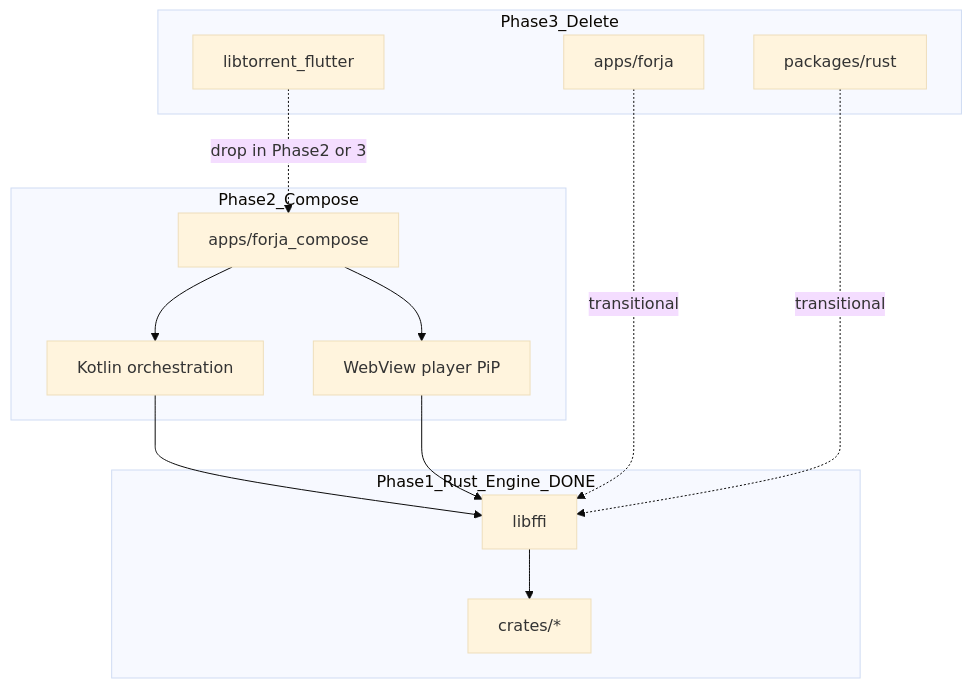
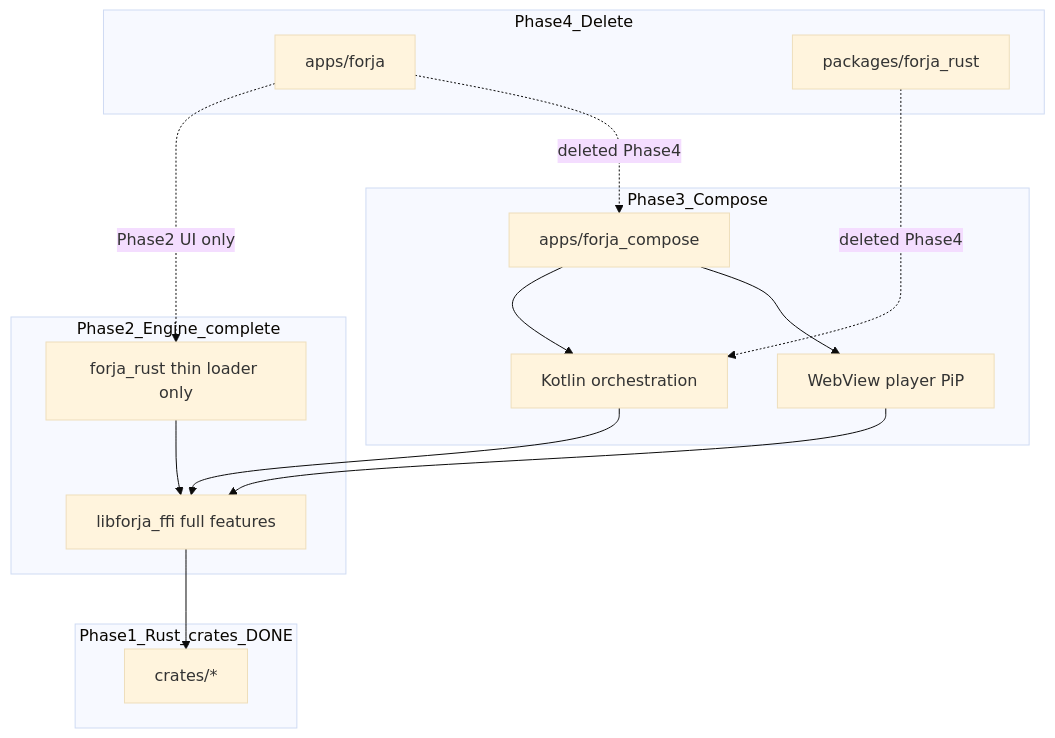
Before and after one commit to mGhassen/Forja: the diagram in docs/migration/README.md, drawn with Mermaid (base theme). The commit also changed other lines of this file and 14 other files, not shown here.

Commit message:
refactor: Update migration documentation and phase references; transition to Rust engine complete and remove Kotlin Compose phase references

````diff
--- a/docs/migration/README.md
+++ b/docs/migration/README.md
@@ -23,29 +26,33 @@
 ```mermaid
 flowchart TB
-  subgraph phase2 [Phase2_Compose]
+  subgraph phase3 [Phase3_Compose]
     ComposeApp["apps/forja_compose"]
     KotlinOrch["Kotlin orchestration"]
     PlatformUI["WebView player PiP"]
   end
 
-  subgraph phase1 [Phase1_Rust_Engine_DONE]
-    FFI["libffi"]
+  subgraph phase1 [Phase1_Rust_crates_DONE]
     Crates["crates/*"]
   end
 
-  subgraph phase3 [Phase3_Delete]
+  subgraph phase2 [Phase2_Engine_complete]
+    FFI["libforja_ffi full features"]
+    ThinDart["forja_rust thin loader only"]
+  end
+
+  subgraph phase4 [Phase4_Delete]
     FlutterApp["apps/forja"]
-    DartFFI["packages/rust"]
-    LibtorrentPlugin["libtorrent_flutter"]
+    DartFFI["packages/forja_rust"]
   end
 
   ComposeApp --> KotlinOrch
   ComposeApp --> PlatformUI
   KotlinOrch --> FFI
   PlatformUI --> FFI
   FFI --> Crates
 
-  FlutterApp -.->|transitional| FFI
-  DartFFI -.->|transitional| FFI
-  LibtorrentPlugin -.->|drop in Phase2 or 3| ComposeApp
+  FlutterApp -.->|Phase2 UI only| ThinDart
+  ThinDart --> FFI
+  FlutterApp -.->|deleted Phase4| ComposeApp
+  DartFFI -.->|deleted Phase4| KotlinOrch
 ```
````
